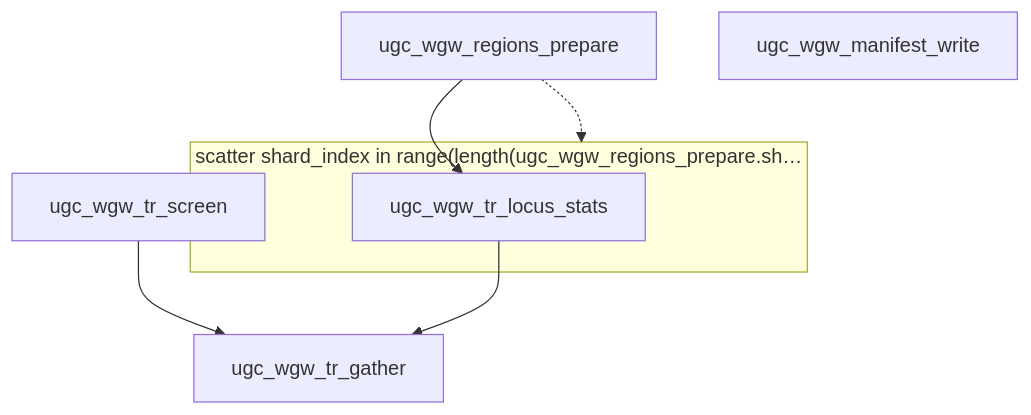
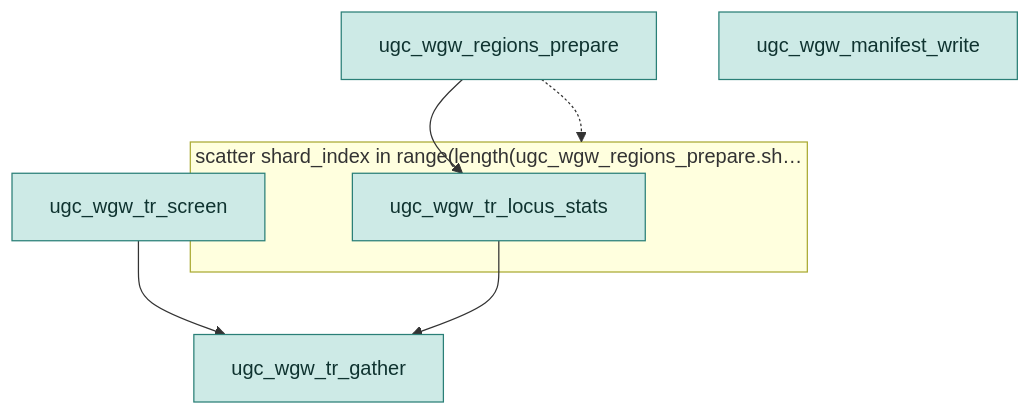
Before and after one commit to UppsalaGenomeCenter/ugc-wgw: the ninth of 13 diagrams in docs/guide/workflow-graphs.md, drawn with Mermaid. The commit also changed other lines of this file and 52 other files, not shown here.

First line of the commit message:
ugc-wgw 0.20.0

````diff
--- a/docs/guide/workflow-graphs.md
+++ b/docs/guide/workflow-graphs.md
@@ -601,14 +617,15 @@
 ```mermaid
 flowchart TD
-  n1["ugc_wgw_tr_screen"]
-  n2["ugc_wgw_regions_prepare"]
+  n1["ugc_wgw_tr_screen"]:::o
+  n2["ugc_wgw_regions_prepare"]:::o
   subgraph s1["scatter shard_index in range(length(ugc_wgw_regions_prepare.sh…"]
-    n3["ugc_wgw_tr_locus_stats"]
+    n3["ugc_wgw_tr_locus_stats"]:::o
   end
-  n4["ugc_wgw_tr_gather"]
-  n5["ugc_wgw_manifest_write"]
+  n4["ugc_wgw_tr_gather"]:::o
+  n5["ugc_wgw_manifest_write"]:::o
   n1 --> n4
   n2 --> n3
   n2 -.-> s1
   n3 --> n4
+  classDef o fill:#cdeae6,stroke:#2a7f77,color:#0f3330
 ```
````
